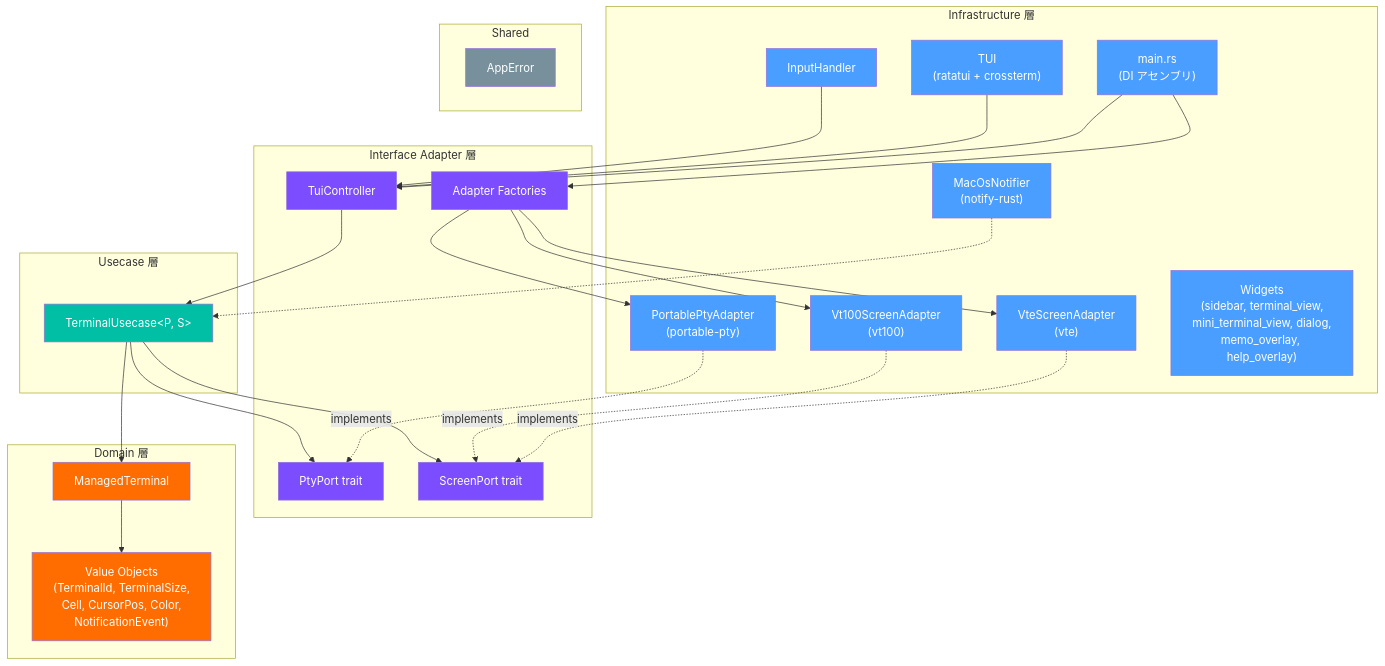
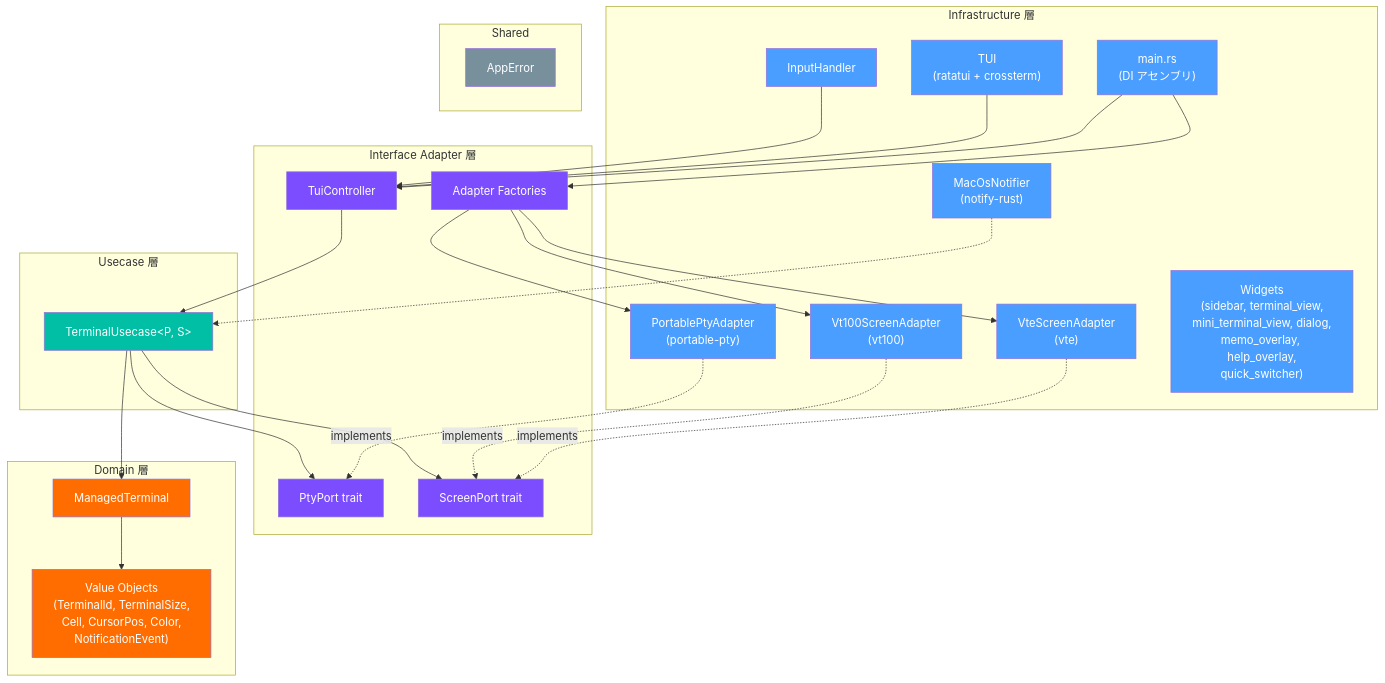
One commit to Kobayashi-takumi/cli-manager changed the fourth of 6 diagrams in README.md. Above: the diagram before and after it, drawn with Mermaid. The commit also changed other lines of this file and 8 other files, not shown here.

First line of the commit message:
Add quick switcher with fuzzy search (Phase 15)

````diff
--- a/README.md
+++ b/README.md
@@ -287,67 +305,67 @@
 ```mermaid
 graph TD
     subgraph "Infrastructure 層"
         MAIN["main.rs<br/>(DI アセンブリ)"]
         PTY["PortablePtyAdapter<br/>(portable-pty)"]
         VTE["VteScreenAdapter<br/>(vte)"]
         VT100["Vt100ScreenAdapter<br/>(vt100)"]
         TUI["TUI<br/>(ratatui + crossterm)"]
         INPUT["InputHandler"]
-        WIDGETS["Widgets<br/>(sidebar, terminal_view,<br/>mini_terminal_view, dialog,<br/>memo_overlay, help_overlay)"]
+        WIDGETS["Widgets<br/>(sidebar, terminal_view,<br/>mini_terminal_view, dialog,<br/>memo_overlay, help_overlay,<br/>quick_switcher)"]
         NOTIF["MacOsNotifier<br/>(notify-rust)"]
     end
 
     subgraph "Interface Adapter 層"
         CTRL["TuiController"]
         PTYPORT["PtyPort trait"]
         SCRPORT["ScreenPort trait"]
         FACTORY["Adapter Factories"]
     end
 
     subgraph "Usecase 層"
         UC["TerminalUsecase&lt;P, S&gt;"]
     end
 
     subgraph "Domain 層"
         ENT["ManagedTerminal"]
         VO["Value Objects<br/>(TerminalId, TerminalSize,<br/>Cell, CursorPos, Color,<br/>NotificationEvent)"]
     end
 
     subgraph "Shared"
         ERR["AppError"]
     end
 
     MAIN --> CTRL
     MAIN --> FACTORY
     FACTORY --> PTY
     FACTORY --> VTE
     FACTORY --> VT100
     TUI --> CTRL
     INPUT --> CTRL
     CTRL --> UC
     PTY -.->|implements| PTYPORT
     VTE -.->|implements| SCRPORT
     VT100 -.->|implements| SCRPORT
     UC --> PTYPORT
     UC --> SCRPORT
     UC --> ENT
     ENT --> VO
     NOTIF -.-> UC
 
     style MAIN fill:#4a9eff,color:#fff
     style PTY fill:#4a9eff,color:#fff
     style VTE fill:#4a9eff,color:#fff
     style VT100 fill:#4a9eff,color:#fff
     style TUI fill:#4a9eff,color:#fff
     style INPUT fill:#4a9eff,color:#fff
     style WIDGETS fill:#4a9eff,color:#fff
     style NOTIF fill:#4a9eff,color:#fff
     style CTRL fill:#7c4dff,color:#fff
     style PTYPORT fill:#7c4dff,color:#fff
     style SCRPORT fill:#7c4dff,color:#fff
     style FACTORY fill:#7c4dff,color:#fff
     style UC fill:#00bfa5,color:#fff
     style ENT fill:#ff6d00,color:#fff
     style VO fill:#ff6d00,color:#fff
     style ERR fill:#78909c,color:#fff
 ```
````
